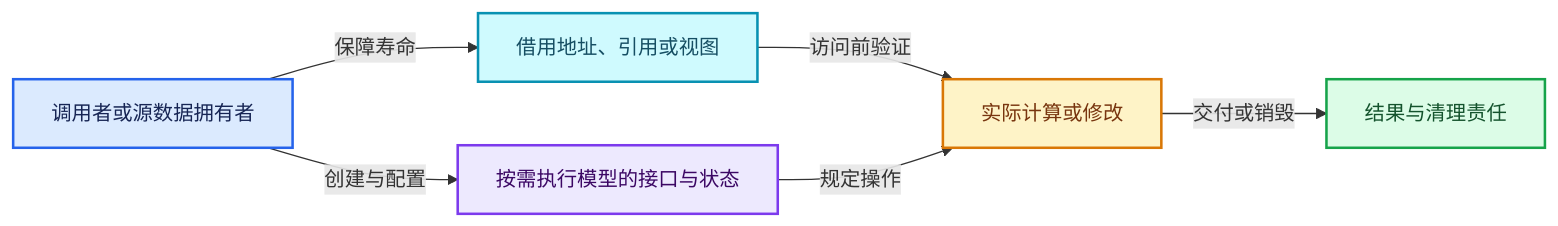
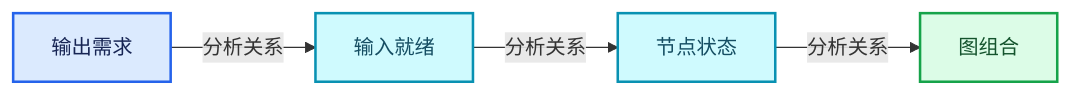
The third of 4 diagrams in 杂/markdown/全面学习-codex/09-LazyFunction与节点执行架构/01-按需执行模型.md (yunkezengren/blender-.vscode), drawn with Mermaid before and after one commit. The commit also changed other lines of this file and 1930 other files, not shown here.

````diff
--- a/杂/markdown/全面学习-codex/09-LazyFunction与节点执行架构/01-按需执行模型.md
+++ b/杂/markdown/全面学习-codex/09-LazyFunction与节点执行架构/01-按需执行模型.md
@@ -621,19 +59,16 @@
 ```mermaid
 flowchart LR
-  O["调用者或源数据拥有者"]:::input
-  V["按需执行模型的接口与状态"]:::abstraction
-  B["借用地址、引用或视图"]:::data
-  W["实际计算或修改"]:::compute
-  R["结果与清理责任"]:::result
-  O -->|"创建与配置"| V
-  O -->|"保障寿命"| B
-  B -->|"访问前验证"| W
-  V -->|"规定操作"| W
-  W -->|"交付或销毁"| R
+  P0["输出需求"]:::input
+  P1["输入就绪"]:::data
+  P2["节点状态"]:::data
+  P3["图组合"]:::result
+  P0 -->|"分析关系"| P1
+  P1 -->|"分析关系"| P2
+  P2 -->|"分析关系"| P3
   classDef input fill:#DBEAFE,stroke:#2563EB,color:#172554,stroke-width:2px;
   classDef data fill:#CFFAFE,stroke:#0891B2,color:#164E63,stroke-width:2px;
   classDef abstraction fill:#EDE9FE,stroke:#7C3AED,color:#3B0764,stroke-width:2px;
   classDef compute fill:#FEF3C7,stroke:#D97706,color:#78350F,stroke-width:2px;
   classDef result fill:#DCFCE7,stroke:#16A34A,color:#14532D,stroke-width:2px;
   classDef error fill:#FEE2E2,stroke:#DC2626,color:#7F1D1D,stroke-width:2px;
 ```
````
